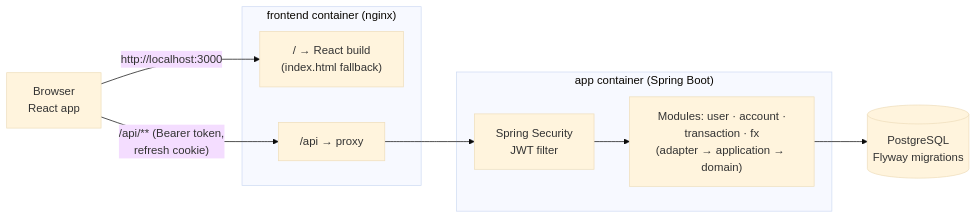
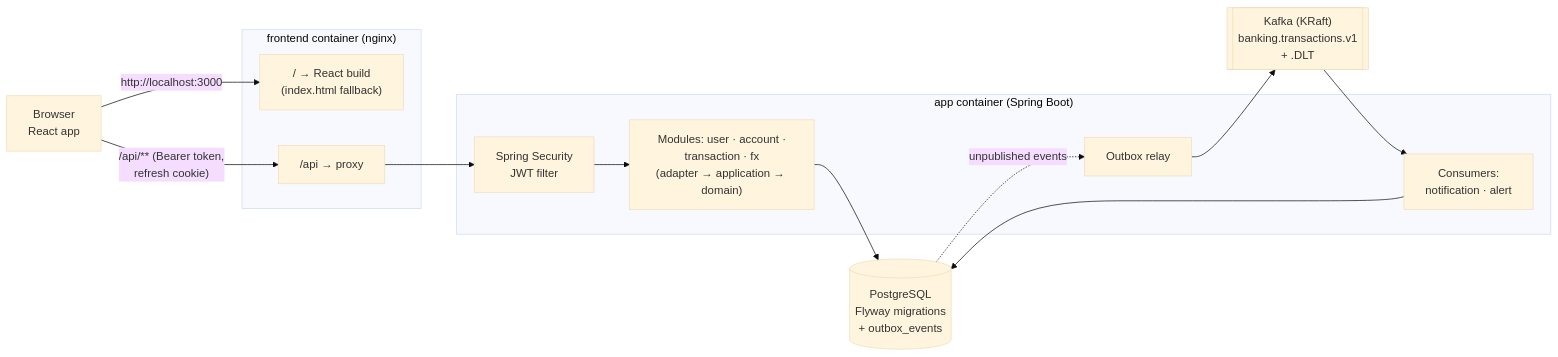
One commit to HauShen/Banking-app changed the first of 2 diagrams in README.md. Above: the diagram before and after it, drawn with Mermaid (base theme). The commit also changed other lines of this file and 1 other file, not shown here.

Commit message:
docs: Kafka failure drills and event-driven section in the README

````diff
--- a/README.md
+++ b/README.md
@@ -51,17 +51,22 @@
 ```mermaid
 flowchart LR
     browser["Browser<br/>React app"]
     subgraph frontend["frontend container (nginx)"]
         spa["/ → React build<br/>(index.html fallback)"]
         proxy["/api → proxy"]
     end
     subgraph backend["app container (Spring Boot)"]
         sec["Spring Security<br/>JWT filter"]
         modules["Modules: user · account ·<br/>transaction · fx<br/>(adapter → application → domain)"]
+        relay["Outbox relay"]
+        consumers["Consumers:<br/>notification · alert"]
     end
-    db[("PostgreSQL<br/>Flyway migrations")]
+    db[("PostgreSQL<br/>Flyway migrations<br/>+ outbox_events")]
+    kafka[["Kafka (KRaft)<br/>banking.transactions.v1<br/>+ .DLT"]]
 
     browser -- "http://localhost:3000" --> spa
     browser -- "/api/** (Bearer token,<br/>refresh cookie)" --> proxy
     proxy --> sec --> modules --> db
+    db -. "unpublished events" .-> relay --> kafka
+    kafka --> consumers --> db
 ```
````
